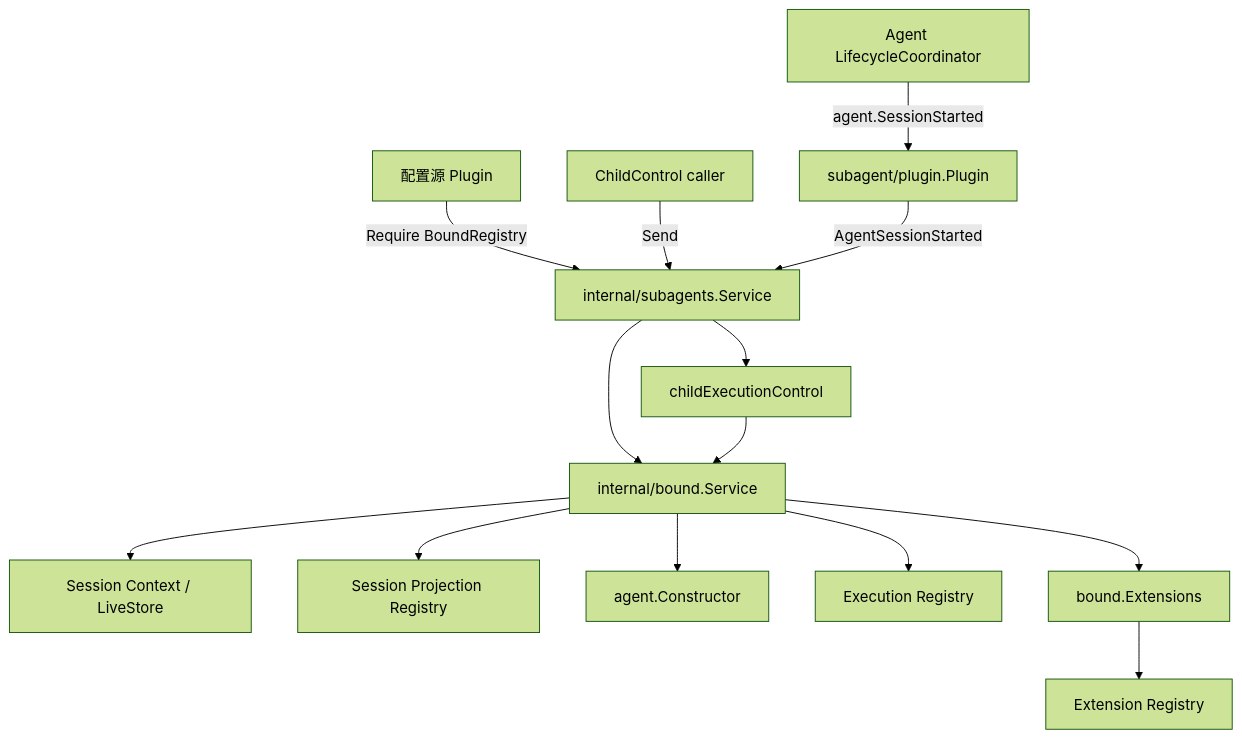
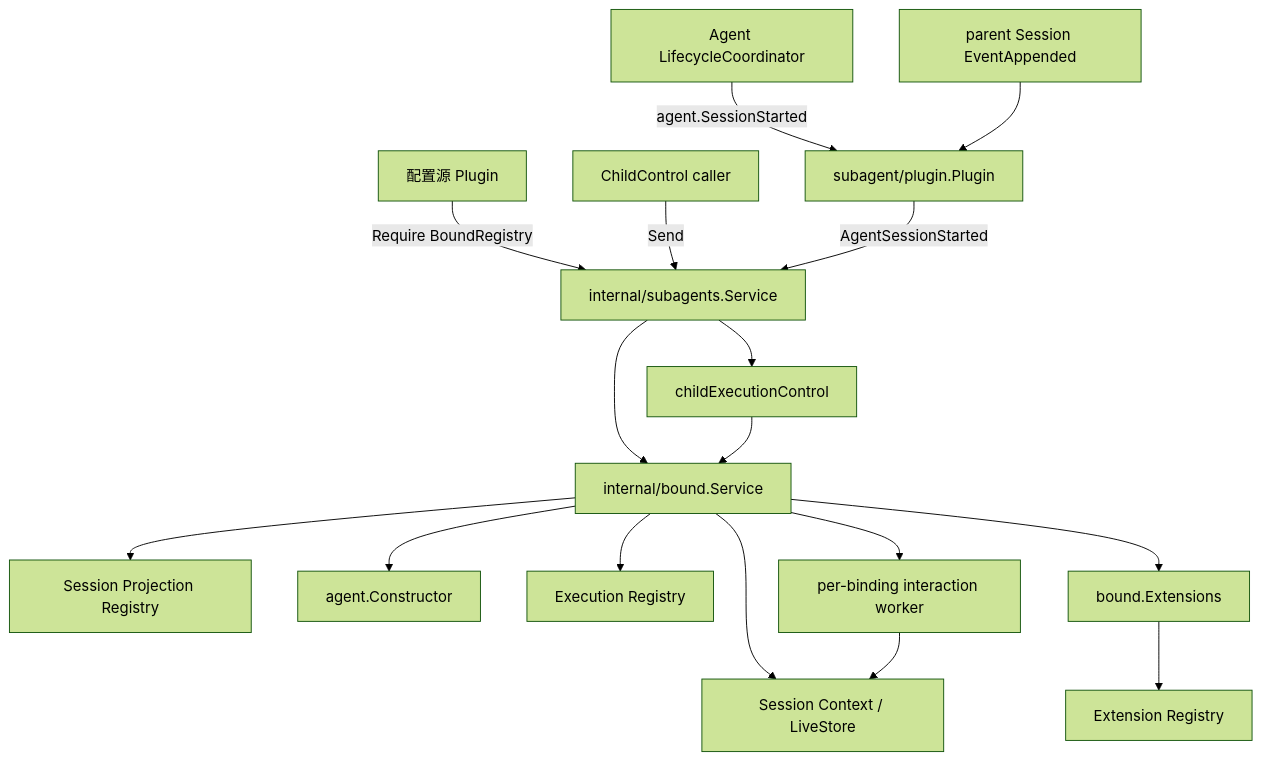
Before and after one commit to gorenx/goren: the first of 4 diagrams in subagent/docs/parent-bound-design.zh-CN.md, drawn with Mermaid (forest theme). The commit also changed other lines of this file and 9 other files, not shown here.

Commit message:
docs(subagent): document bound interaction delivery

````diff
--- a/subagent/docs/parent-bound-design.zh-CN.md
+++ b/subagent/docs/parent-bound-design.zh-CN.md
@@ -26,16 +26,19 @@
 ```mermaid
 flowchart TD
     Source[配置源 Plugin] -->|Require BoundRegistry| Facade[internal/subagents.Service]
     Lifecycle[Agent LifecycleCoordinator] -->|agent.SessionStarted| Observer[subagent/plugin.Plugin]
+    SessionEvent[parent Session EventAppended] --> Observer
     Client[ChildControl caller] -->|Send| Facade
     Observer -->|AgentSessionStarted| Facade
     Facade --> Bound[internal/bound.Service]
     Facade --> Router[childExecutionControl]
     Router --> Bound
     Bound --> Session[Session Context / LiveStore]
     Bound --> Projection[Session Projection Registry]
     Bound --> Constructor[agent.Constructor]
     Bound --> Execution[Execution Registry]
     Bound --> ExtPort[bound.Extensions]
+    Bound --> Worker[per-binding interaction worker]
+    Worker --> Session
     ExtPort --> ExtRegistry[Extension Registry]
 ```
````
